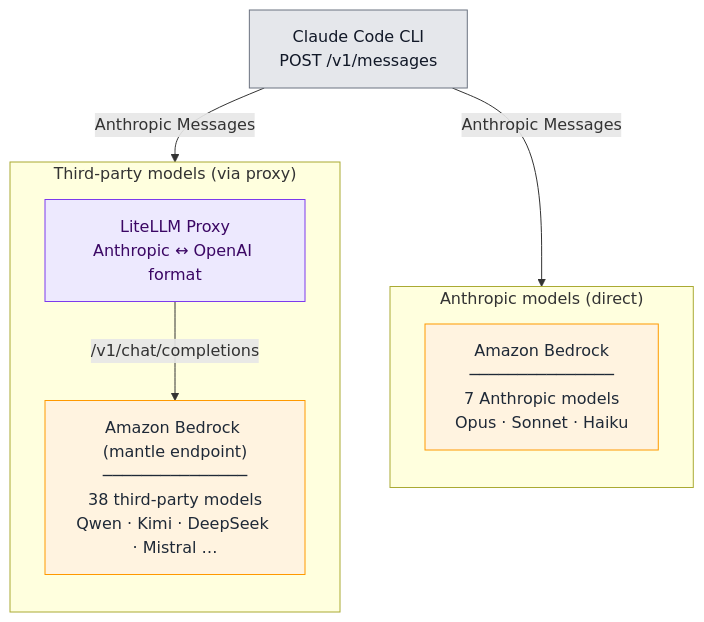
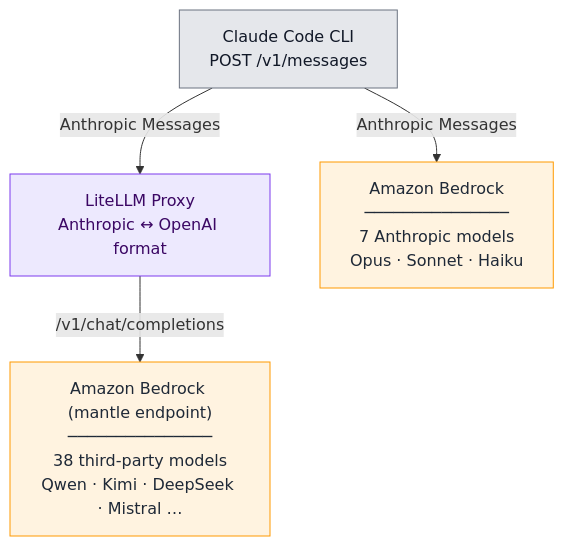
The first of 2 diagrams in README.md (aarora79/llm-coding-harness-benchmarks), drawn with Mermaid before and after one commit. The commit also changed 1 other file, not shown here.

Commit message:
Revert "Wrap Bedrock diagram lanes in subgraphs to lock left/right placement"
This reverts commit 700fd02bb43a089fd7d463b21d72f53340c7aa66.

````diff
--- a/README.md
+++ b/README.md
@@ -72,26 +72,18 @@
 ```mermaid
 flowchart TD
     CC["Claude Code CLI<br/>POST /v1/messages"]
-
-    subgraph Left["Anthropic models (direct)"]
-        direction TB
-        BedrockA["Amazon Bedrock<br/>───────────────<br/>7 Anthropic models<br/>Opus · Sonnet · Haiku"]
-    end
-
-    subgraph Right["Third-party models (via proxy)"]
-        direction TB
-        Proxy["LiteLLM Proxy<br/>Anthropic ↔ OpenAI format"]
-        BedrockM["Amazon Bedrock (mantle endpoint)<br/>───────────────<br/>38 third-party models<br/>Qwen · Kimi · DeepSeek · Mistral …"]
-        Proxy -- "/v1/chat/completions" --> BedrockM
-    end
+    Proxy["LiteLLM Proxy<br/>Anthropic ↔ OpenAI format"]
+    BedrockA["Amazon Bedrock<br/>───────────────<br/>7 Anthropic models<br/>Opus · Sonnet · Haiku"]
+    BedrockM["Amazon Bedrock (mantle endpoint)<br/>───────────────<br/>38 third-party models<br/>Qwen · Kimi · DeepSeek · Mistral …"]
 
     CC -- "Anthropic Messages" --> BedrockA
     CC -- "Anthropic Messages" --> Proxy
+    Proxy -- "/v1/chat/completions" --> BedrockM
 
     classDef agent fill:#E5E7EB,stroke:#6B7280,color:#111827
     classDef proxy fill:#EDE9FE,stroke:#7C3AED,color:#3B0764
     classDef bedrock fill:#FFF3E0,stroke:#FF9900,color:#1F2937
     class CC agent
     class Proxy proxy
     class BedrockA,BedrockM bedrock
 ```
````
